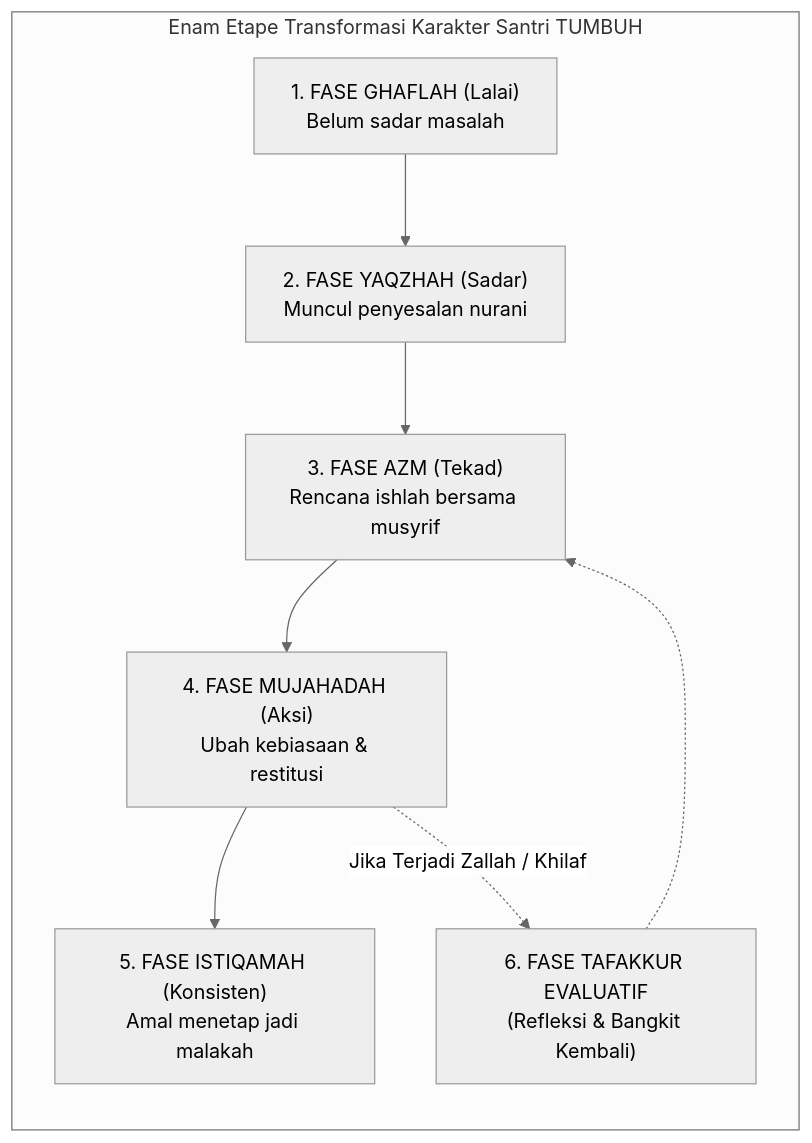
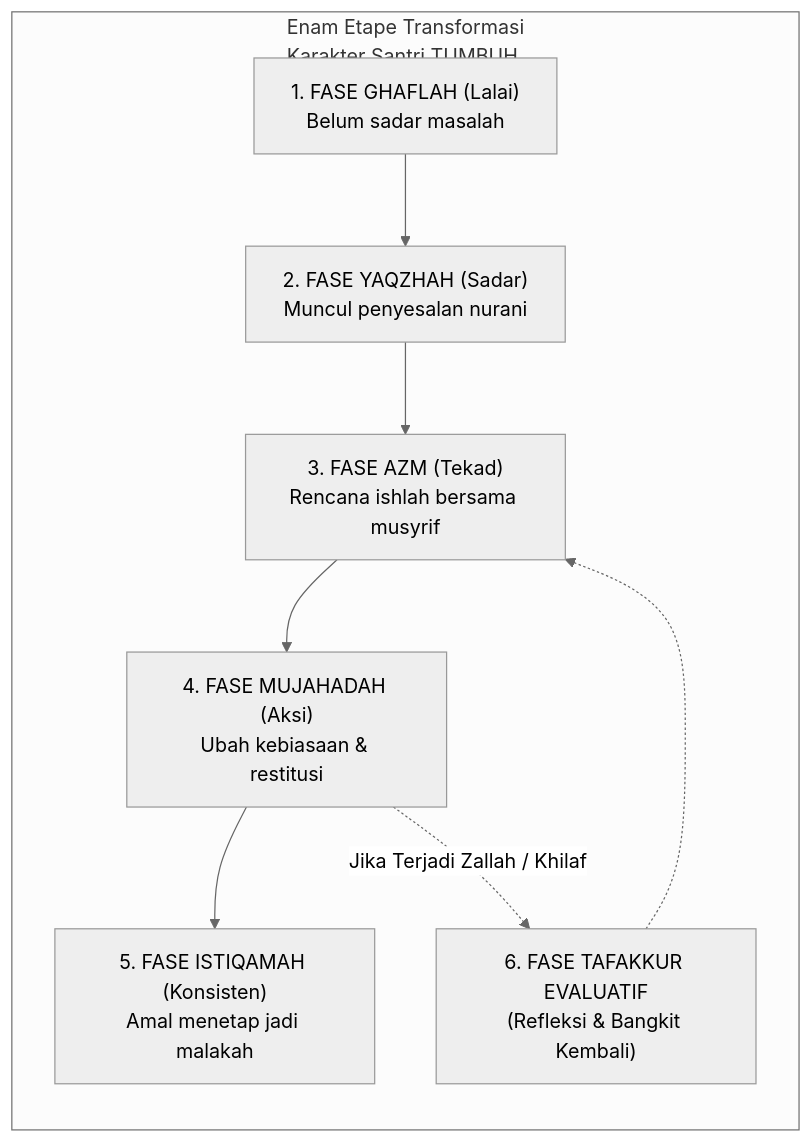
Before and after one commit to wandiapriliyandi/tumbuh: the second of 5 diagrams in BOOK Series 1/01-The-Fundamental-of-TUMBUH/Bab-07-Teori-Perubahan-Perilaku-Berkelanjutan.md, drawn with Mermaid (neutral theme). The commit also changed other lines of this file and 37 other files, not shown here.

Commit message:
fix(book-01): optimasi pemenggalan teks dan overflow seluruh diagram serta render ulang 20 PDF

````diff
--- a/BOOK Series 1/01-The-Fundamental-of-TUMBUH/Bab-07-Teori-Perubahan-Perilaku-Berkelanjutan.md
+++ b/BOOK Series 1/01-The-Fundamental-of-TUMBUH/Bab-07-Teori-Perubahan-Perilaku-Berkelanjutan.md
@@ -70,15 +70,15 @@
 ```mermaid
 graph TD
-    subgraph TAHAPAN_PERUBAHAN_TUMBUH["Enam Etape Transformasi Karakter Santri TUMBUH"]
+    subgraph TAHAPAN_PERUBAHAN_TUMBUH["Enam Etape Transformasi<br/>Karakter Santri TUMBUH"]
         direction TB
         S1["1. FASE GHAFLAH (Lalai)<br/>Belum sadar masalah"]
         S2["2. FASE YAQZHAH (Sadar)<br/>Muncul penyesalan nurani"]
         S3["3. FASE AZM (Tekad)<br/>Rencana ishlah bersama musyrif"]
         S4["4. FASE MUJAHADAH (Aksi)<br/>Ubah kebiasaan & restitusi"]
         S5["5. FASE ISTIQAMAH (Konsisten)<br/>Amal menetap jadi malakah"]
         
         S1 --> S2 --> S3 --> S4 --> S5
         S4 -.->|Jika Terjadi Zallah / Khilaf| R["6. FASE TAFAKKUR EVALUATIF<br/>(Refleksi & Bangkit Kembali)"]
         R -.-> S3
     end
 ```
````
